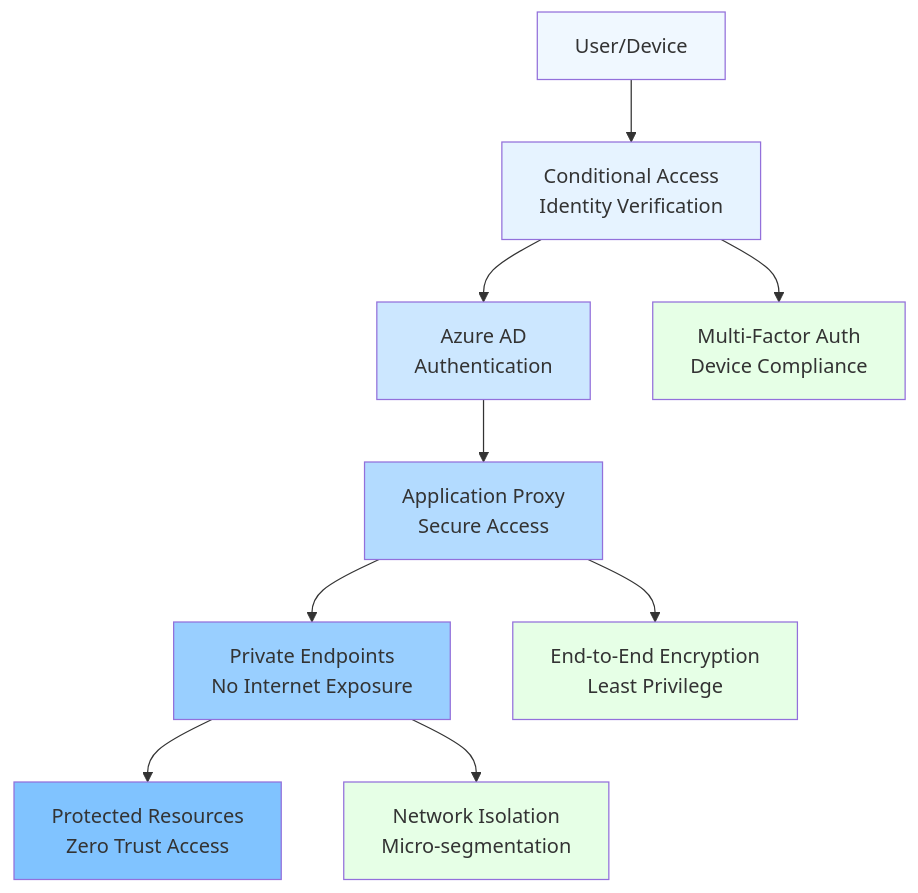
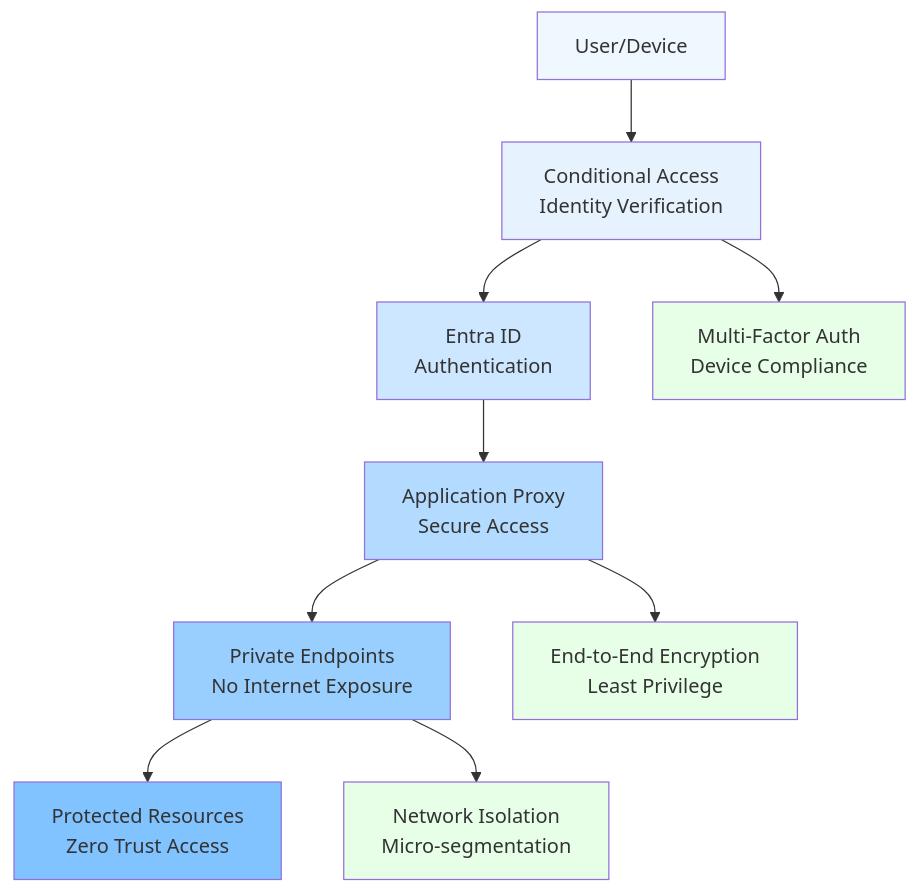
The third of 7 diagrams in certifications/AZ-305/architecture-decision-guides/05-azure-networking-services.md (christian-dussol-cloud-computing/microsoft-azure), drawn with Mermaid before and after one commit. The commit also changed other lines of this file, not shown here.

````diff
--- a/certifications/AZ-305/architecture-decision-guides/05-azure-networking-services.md
+++ b/certifications/AZ-305/architecture-decision-guides/05-azure-networking-services.md
@@ -372,22 +372,22 @@
 ```mermaid
 graph TB
     A[User/Device] --> B[Conditional Access<br/>Identity Verification]
-    B --> C[Azure AD<br/>Authentication]
+    B --> C[Entra ID<br/>Authentication]
     C --> D[Application Proxy<br/>Secure Access]
     D --> E[Private Endpoints<br/>No Internet Exposure]
     E --> F[Protected Resources<br/>Zero Trust Access]
     
     B --> B1[Multi-Factor Auth<br/>Device Compliance]
     D --> D1[End-to-End Encryption<br/>Least Privilege]
     E --> E1[Network Isolation<br/>Micro-segmentation]
     
     style A fill:#f0f8ff
     style B fill:#e6f3ff
     style C fill:#cce7ff
     style D fill:#b3dbff
     style E fill:#99cfff
     style F fill:#80c3ff
     style B1 fill:#e6ffe6
     style D1 fill:#e6ffe6
     style E1 fill:#e6ffe6
 ```
````
